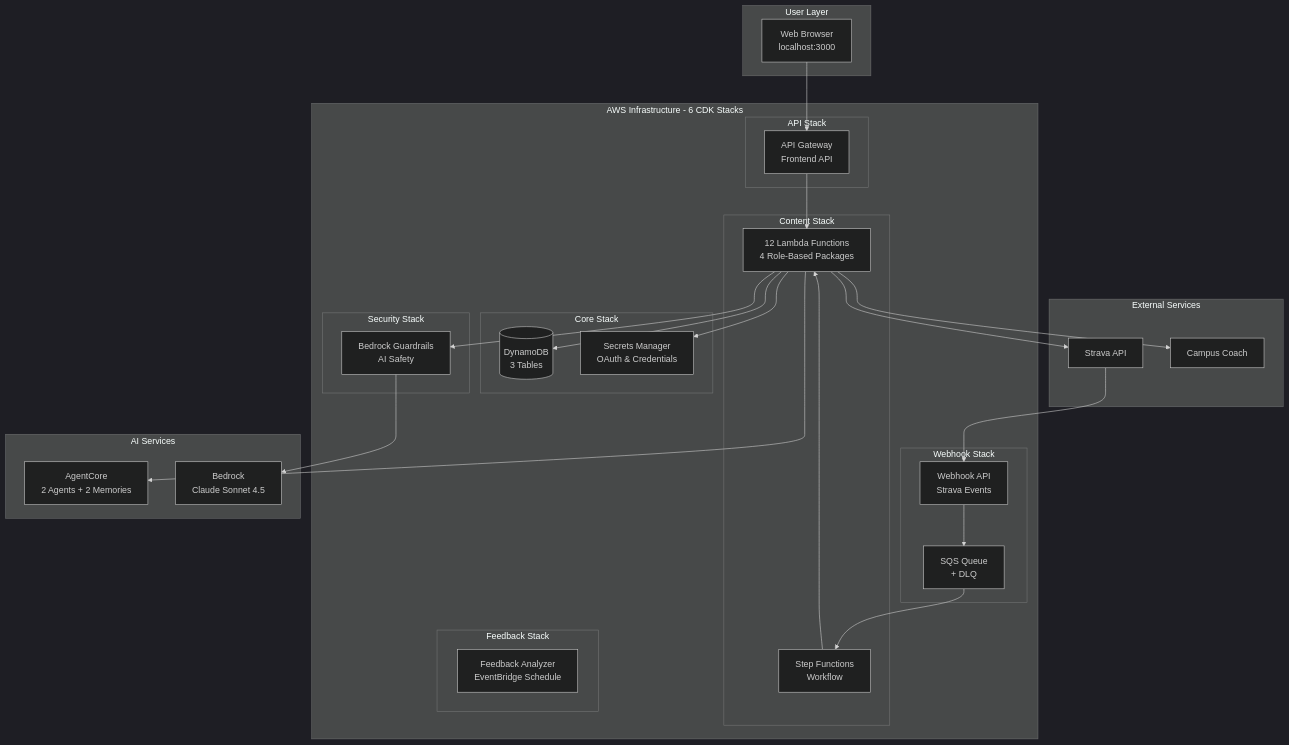
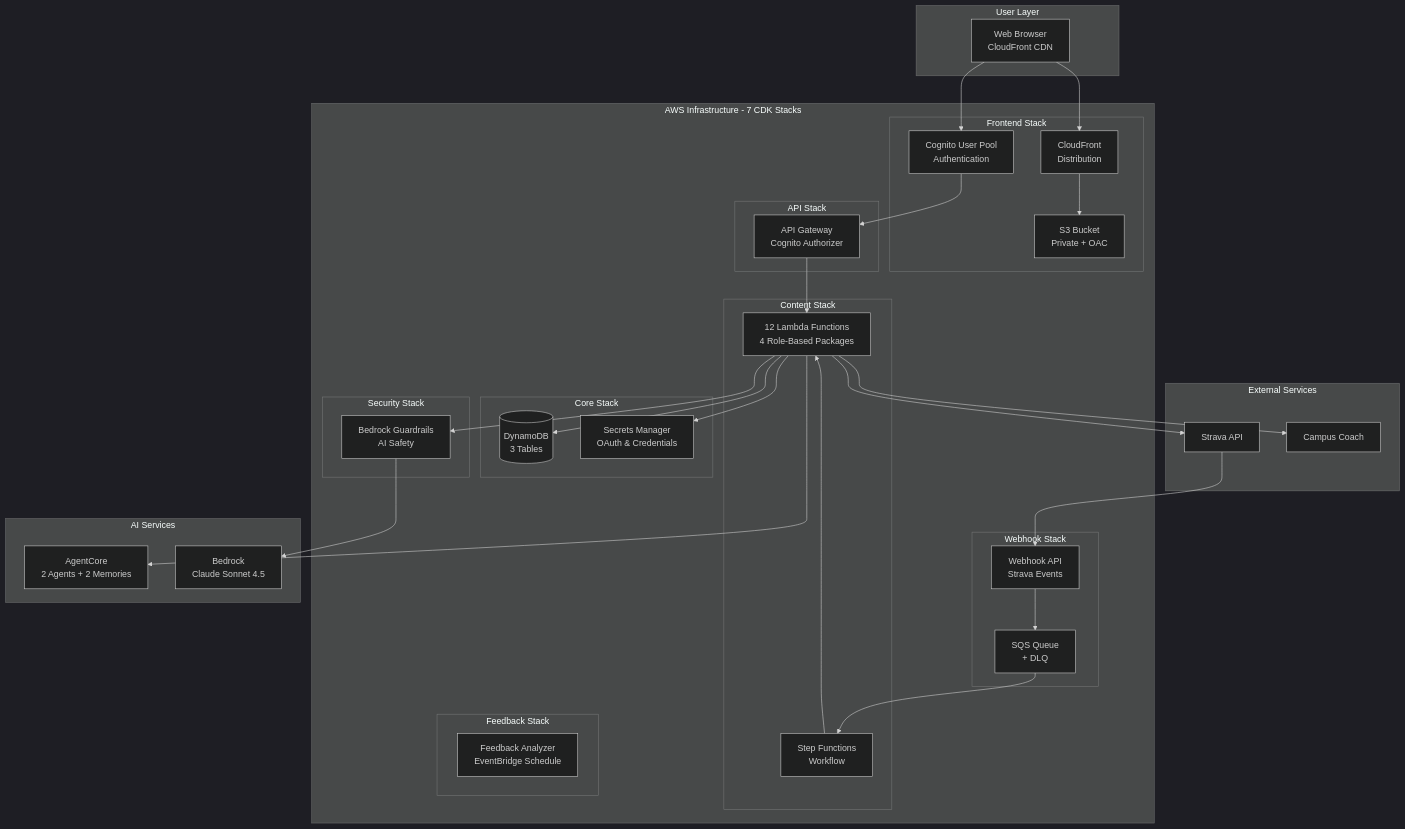
The first of 2 diagrams in README.md (el-pedrito/strava-ai-boost), drawn with Mermaid (dark theme) before and after one commit. The commit also changed other lines of this file and 1 other file, not shown here.

Commit message:
docs: update README and AGENTS.md for Cognito auth, frontend hosting, anti-AI rules

````diff
--- a/README.md
+++ b/README.md
@@ -174,62 +181,71 @@
 ```mermaid
 graph TB
     subgraph "User Layer"
-        Browser[Web Browser<br/>localhost:3000]
+        Browser[Web Browser<br/>CloudFront CDN]
     end
 
-    subgraph "AWS Infrastructure - 6 CDK Stacks"
+    subgraph "AWS Infrastructure - 7 CDK Stacks"
+        subgraph "Frontend Stack"
+            S3[S3 Bucket<br/>Private + OAC]
+            CF[CloudFront<br/>Distribution]
+            Cognito[Cognito User Pool<br/>Authentication]
+        end
+
         subgraph "Core Stack"
             DDB[(DynamoDB<br/>3 Tables)]
             Secrets[Secrets Manager<br/>OAuth & Credentials]
         end
 
         subgraph "Security Stack"
             Guardrails[Bedrock Guardrails<br/>AI Safety]
         end
 
         subgraph "Webhook Stack"
             WebhookAPI[Webhook API<br/>Strava Events]
             SQS[SQS Queue<br/>+ DLQ]
         end
 
         subgraph "Content Stack"
             SF[Step Functions<br/>Workflow]
             Lambda12[12 Lambda Functions<br/>4 Role-Based Packages]
         end
 
         subgraph "API Stack"
-            APIGW[API Gateway<br/>Frontend API]
+            APIGW[API Gateway<br/>Cognito Authorizer]
         end
 
-subgraph "Feedback Stack"
+        subgraph "Feedback Stack"
             FB[Feedback Analyzer<br/>EventBridge Schedule]
         end
     end
 
     subgraph "AI Services"
         AgentCore[AgentCore<br/>2 Agents + 2 Memories]
         Bedrock[Bedrock<br/>Claude Sonnet 4.5]
     end
 
     subgraph "External Services"
         Strava[Strava API]
         Campus[Campus Coach]
     end
 
-    Browser --> APIGW
+    Browser --> CF
+    CF --> S3
+    Browser --> Cognito
+    Cognito --> APIGW
     APIGW --> Lambda12
     Lambda12 --> DDB
     Lambda12 --> Secrets
 
     Strava --> WebhookAPI
     WebhookAPI --> SQS
     SQS --> SF
     SF --> Lambda12
 
     Lambda12 --> Guardrails
     Guardrails --> Bedrock
     Lambda12 --> AgentCore
     Lambda12 --> Strava
     Lambda12 --> Campus
 
 ```
````
